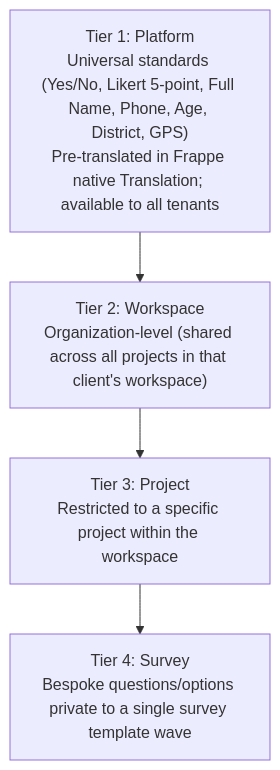
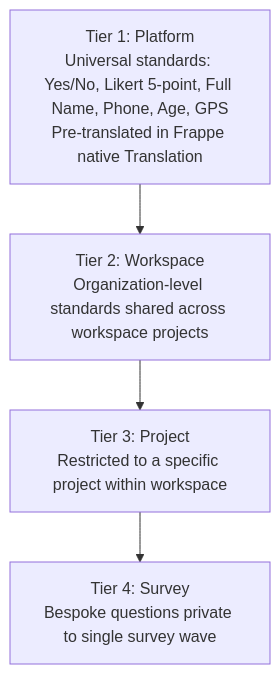
The second of 5 diagrams in ARCHITECTURE.md (OmmNoMi/omniquery), drawn with Mermaid before and after one commit. The commit also changed other lines of this file and 1 other file, not shown here.

Commit message:
docs: fix Mermaid syntax for GitHub renderer compatibility in README and ARCHITECTURE

````diff
--- a/ARCHITECTURE.md
+++ b/ARCHITECTURE.md
@@ -73,9 +73,11 @@
 ```mermaid
 flowchart TD
-    Tier1["Tier 1: Platform\nUniversal standards (Yes/No, Likert 5-point, Full Name, Phone, Age, District, GPS)\nPre-translated in Frappe native Translation; available to all tenants"]
-    Tier2["Tier 2: Workspace\nOrganization-level (shared across all projects in that client's workspace)"]
-    Tier3["Tier 3: Project\nRestricted to a specific project within the workspace"]
-    Tier4["Tier 4: Survey\nBespoke questions/options private to a single survey template wave"]
+    Tier1["Tier 1: Platform<br/>Universal standards: Yes/No, Likert 5-point, Full Name, Phone, Age, GPS<br/>Pre-translated in Frappe native Translation"]
+    Tier2["Tier 2: Workspace<br/>Organization-level standards shared across workspace projects"]
+    Tier3["Tier 3: Project<br/>Restricted to a specific project within workspace"]
+    Tier4["Tier 4: Survey<br/>Bespoke questions private to single survey wave"]
 
-    Tier1 --> Tier2 --> Tier3 --> Tier4
+    Tier1 --> Tier2
+    Tier2 --> Tier3
+    Tier3 --> Tier4
 ```
````
